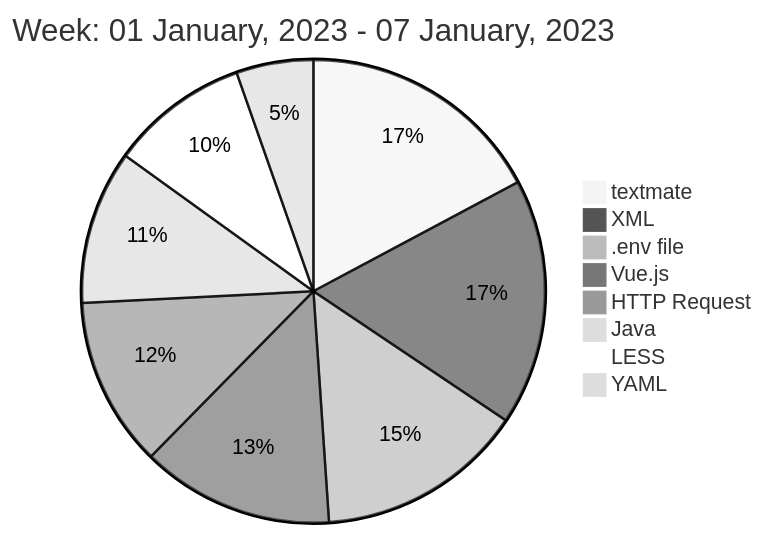
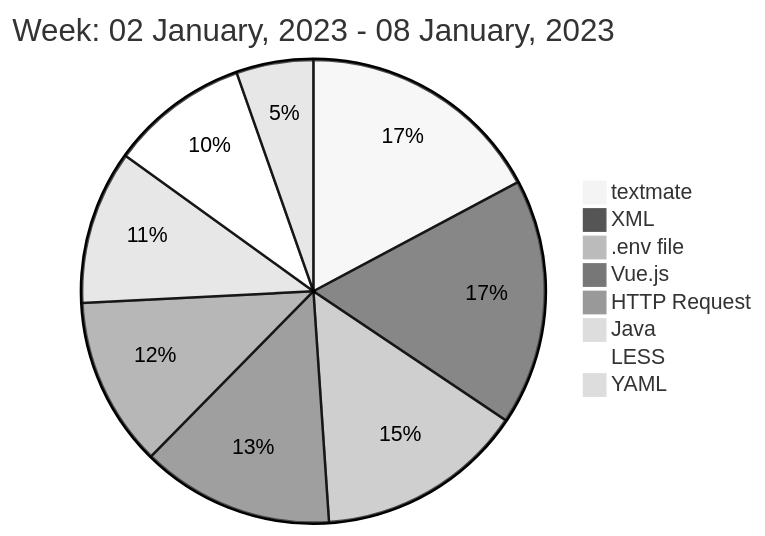
One commit to liubin95/liubin95 changed the diagram in README.md. Above: the diagram before and after it, drawn with Mermaid (neutral theme).

Commit message:
Updated the Graph with new Metrics

````diff
--- a/README.md
+++ b/README.md
@@ -40,12 +40,12 @@
 ```mermaid
  pie
-title Week: 01 January, 2023 - 07 January, 2023
+title Week: 02 January, 2023 - 08 January, 2023
  "textmate" : 0.32
  "XML" : 0.32
  ".env file" : 0.27
  "Vue.js" : 0.25
  "HTTP Request" : 0.22
  "Java" : 0.2
  "LESS" : 0.18
  "YAML" : 0.1
 ```
````
